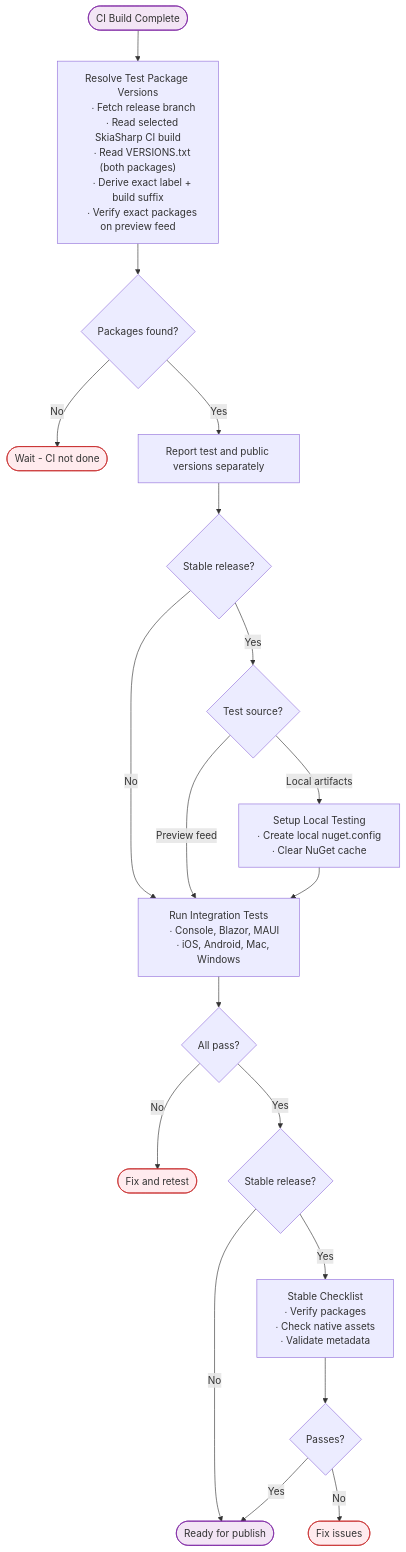
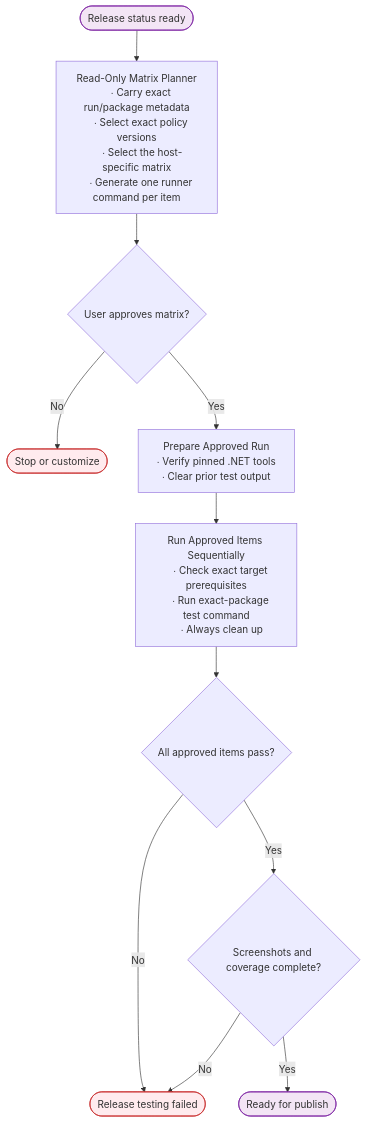
One commit to mono/SkiaSharp changed the second of 4 diagrams in documentation/dev/releasing.md. Above: the diagram before and after it, drawn with Mermaid. The commit also changed other lines of this file and 12 other files, not shown here.

````diff
--- a/documentation/dev/releasing.md
+++ b/documentation/dev/releasing.md
@@ -193,53 +258,35 @@
 ```mermaid
 flowchart TB
-    START([CI Build Complete]) --> RESOLVE
-    
-    RESOLVE["Resolve Test Package Versions
-    ∙ Fetch release branch
-    ∙ Read selected SkiaSharp CI build
-    ∙ Read VERSIONS.txt (both packages)
-    ∙ Derive exact label + build suffix
-    ∙ Verify exact packages on preview feed"]
-    
-    RESOLVE --> FOUND{Packages found?}
-    FOUND -->|No| WAIT([Wait - CI not done])
-    FOUND -->|Yes| REPORT[Report test and public versions separately]
-    
-    REPORT --> STABLE{Stable release?}
-    STABLE -->|No| TESTS
-    STABLE -->|Yes| SOURCE{Test source?}
-    
-    SOURCE -->|Preview feed| TESTS
-    SOURCE -->|Local artifacts| SETUP
-    
-    SETUP["Setup Local Testing
-    ∙ Create local nuget.config
-    ∙ Clear NuGet cache"]
-    
-    SETUP --> TESTS
-    
-    TESTS["Run Integration Tests
-    ∙ Console, Blazor, MAUI
-    ∙ iOS, Android, Mac, Windows"]
-    
-    TESTS --> RESULT{All pass?}
-    RESULT -->|No| FIX([Fix and retest])
-    RESULT -->|Yes| CHECK{Stable release?}
-    
-    CHECK -->|No| READY([Ready for publish])
-    CHECK -->|Yes| CHECKLIST
-    
-    CHECKLIST["Stable Checklist
-    ∙ Verify packages
-    ∙ Check native assets
-    ∙ Validate metadata"]
-    
-    CHECKLIST --> OK{Passes?}
-    OK -->|No| FIX2([Fix issues])
-    OK -->|Yes| READY
+    START([Release status ready]) --> PLAN
+
+    PLAN["Read-Only Matrix Planner
+    ∙ Carry exact run/package metadata
+    ∙ Select exact policy versions
+    ∙ Select the host-specific matrix
+    ∙ Generate one runner command per item"]
+
+    PLAN --> APPROVE{User approves matrix?}
+    APPROVE -->|No| STOP([Stop or customize])
+    APPROVE -->|Yes| PREPARE
+
+    PREPARE["Prepare Approved Run
+    ∙ Verify pinned .NET tools
+    ∙ Clear prior test output"]
+
+    PREPARE --> TESTS
+    TESTS["Run Approved Items Sequentially
+    ∙ Check exact target prerequisites
+    ∙ Run exact-package test command
+    ∙ Always clean up"]
+
+    TESTS --> RESULT{All approved items pass?}
+    RESULT -->|No| FAIL([Release testing failed])
+    RESULT -->|Yes| ARTIFACTS{Screenshots and coverage complete?}
+    ARTIFACTS -->|No| FAIL
+    ARTIFACTS -->|Yes| READY([Ready for publish])
 
     classDef error fill:#ffebee,stroke:#c62828
     classDef endpoint fill:#f3e5f5,stroke:#7b1fa2
-    class WAIT,FIX,FIX2 error
+    class STOP,FAIL error
     class START,READY endpoint
 ```
````
